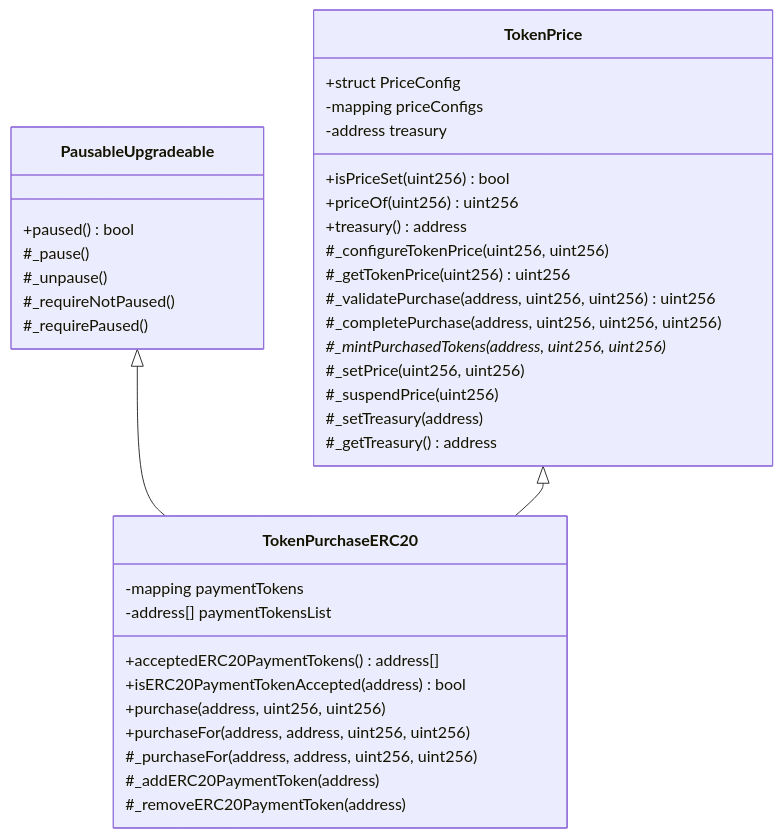
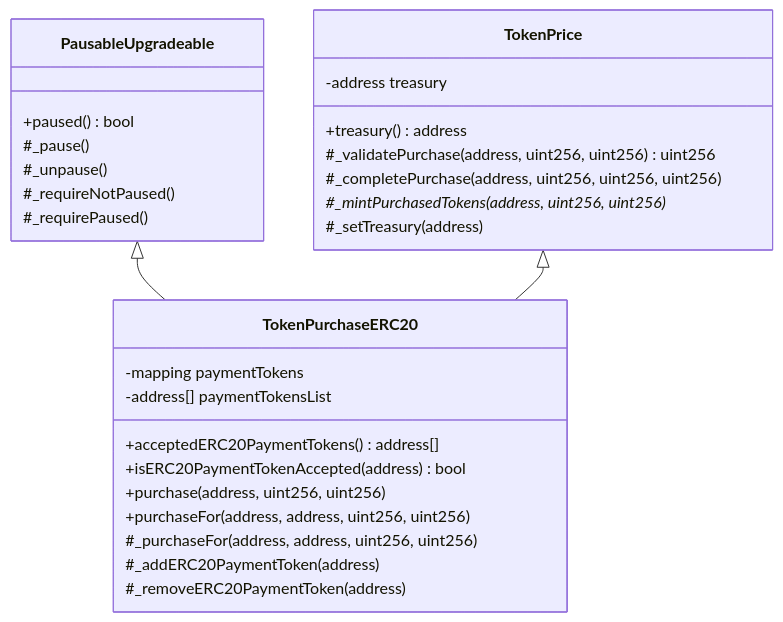
One commit to glanzz/evmauth-core changed the fifth of 18 diagrams in src/README.md. Above: the diagram before and after it, drawn with Mermaid. The commit also changed other lines of this file and 28 other files, not shown here.

Commit message:
refactor: simplify token config

````diff
--- a/src/README.md
+++ b/src/README.md
@@ -349,41 +334,32 @@
 ```mermaid
 classDiagram
     class PausableUpgradeable{
         +paused() bool
         #_pause()
         #_unpause()
         #_requireNotPaused()
         #_requirePaused()
     }
     class TokenPrice{
-        +struct PriceConfig
-        -mapping priceConfigs
         -address treasury
-        +isPriceSet(uint256) bool
-        +priceOf(uint256) uint256
         +treasury() address
-        #_configureTokenPrice(uint256, uint256)
-        #_getTokenPrice(uint256) uint256
         #_validatePurchase(address, uint256, uint256) uint256
         #_completePurchase(address, uint256, uint256, uint256)
         #_mintPurchasedTokens(address, uint256, uint256)*
-        #_setPrice(uint256, uint256)
-        #_suspendPrice(uint256)
         #_setTreasury(address)
-        #_getTreasury() address
     }
     class TokenPurchaseERC20{
         -mapping paymentTokens
         -address[] paymentTokensList
         +acceptedERC20PaymentTokens() address[]
         +isERC20PaymentTokenAccepted(address) bool
         +purchase(address, uint256, uint256)
         +purchaseFor(address, address, uint256, uint256)
         #_purchaseFor(address, address, uint256, uint256)
         #_addERC20PaymentToken(address)
         #_removeERC20PaymentToken(address)
     }
     
     PausableUpgradeable <|-- TokenPurchaseERC20
     TokenPrice <|-- TokenPurchaseERC20
 ```
````
